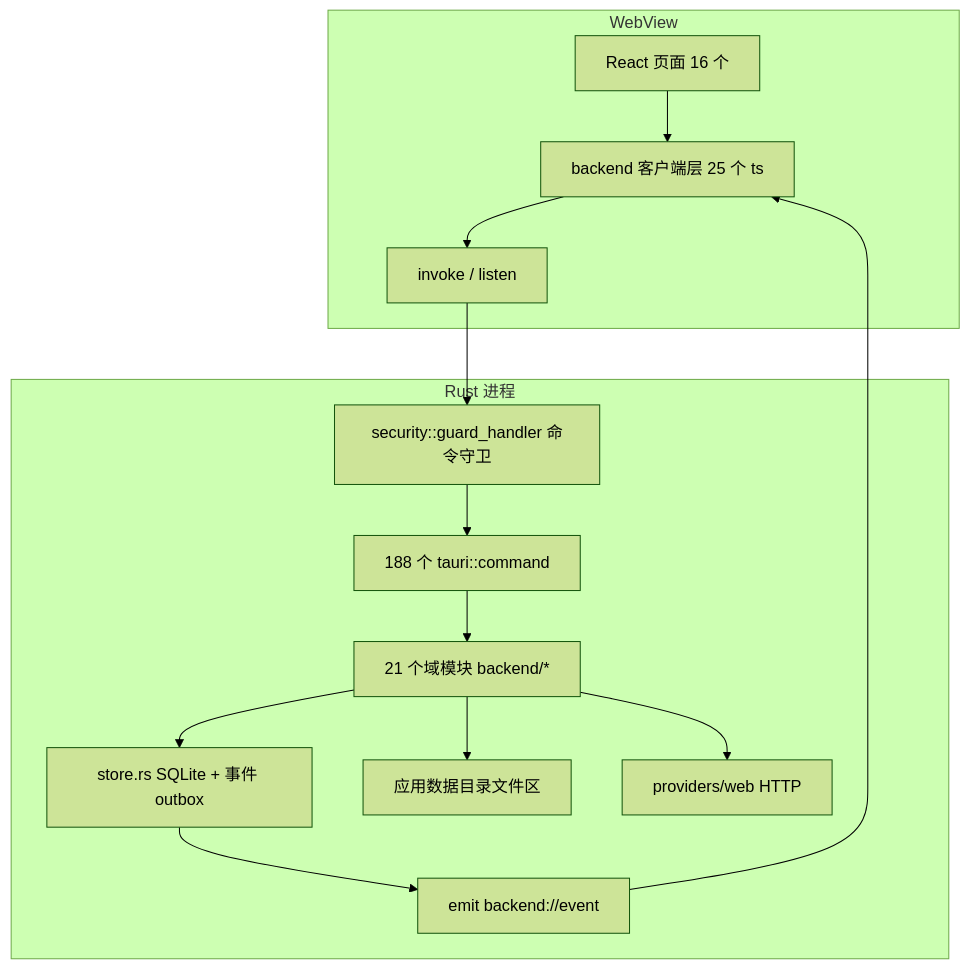
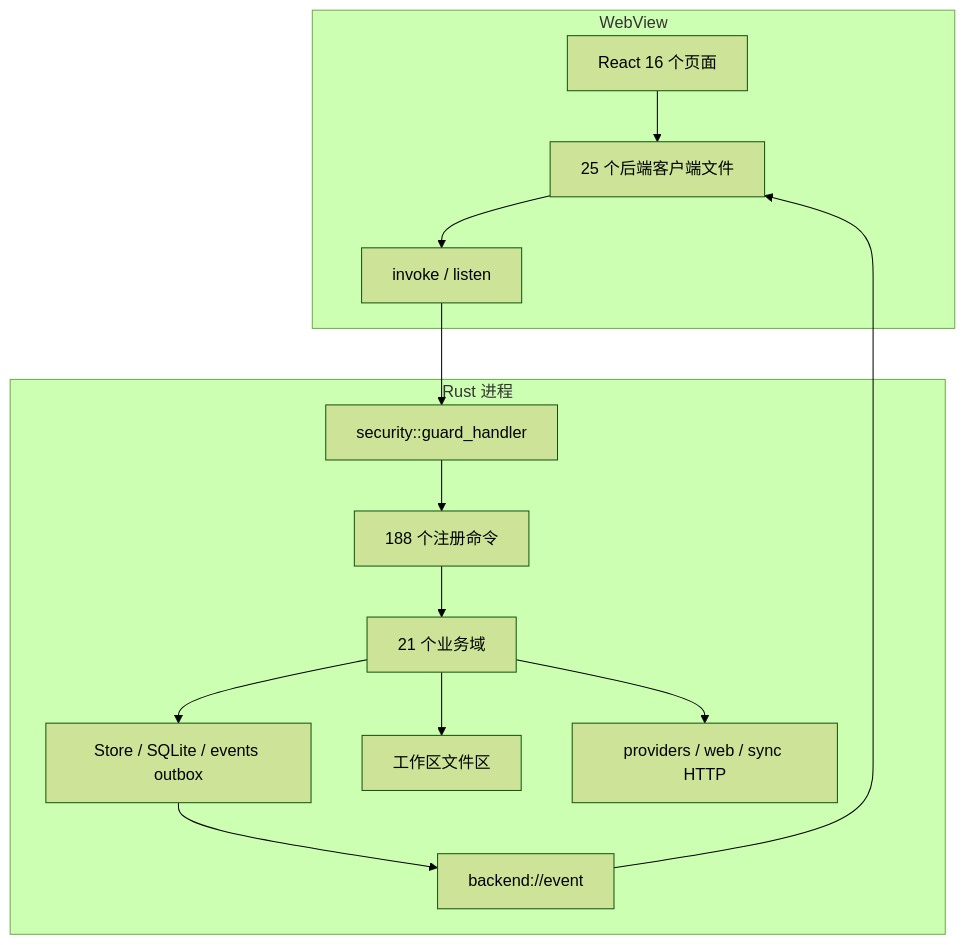
One commit to hershate/Deep-tutor changed the first of 5 diagrams in docs/architecture/01-architecture.md. Above: the diagram before and after it, drawn with Mermaid (forest theme). The commit also changed other lines of this file and 5 other files, not shown here.

````diff
--- a/docs/architecture/01-architecture.md
+++ b/docs/architecture/01-architecture.md
@@ -9,17 +9,17 @@
 ```mermaid
 graph TD
     subgraph WebView
-        P[React 页面 16 个] --> CL[backend 客户端层 25 个 ts]
+        P[React 16 个页面] --> CL[25 个后端客户端文件]
         CL --> IP[invoke / listen]
     end
     subgraph Rust 进程
-        IP --> GH[security::guard_handler 命令守卫]
-        GH --> CMD[188 个 tauri::command]
-        CMD --> DOM[21 个域模块 backend/*]
-        DOM --> ST[store.rs SQLite + 事件 outbox]
-        DOM --> FS[应用数据目录文件区]
-        DOM --> NET[providers/web HTTP]
-        ST --> EMIT[emit backend://event]
+        IP --> GH[security::guard_handler]
+        GH --> CMD[188 个注册命令]
+        CMD --> DOM[21 个业务域]
+        DOM --> ST[Store / SQLite / events outbox]
+        DOM --> FS[工作区文件区]
+        DOM --> NET[providers / web / sync HTTP]
+        ST --> EMIT[backend://event]
     end
     EMIT --> CL
 ```
````
